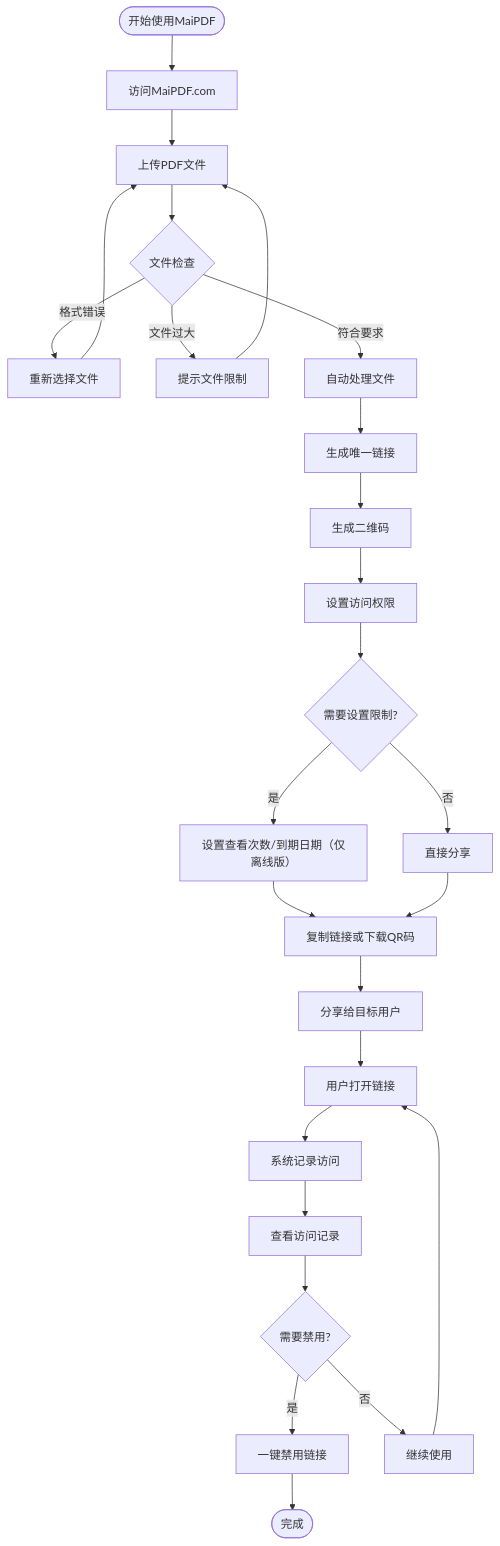
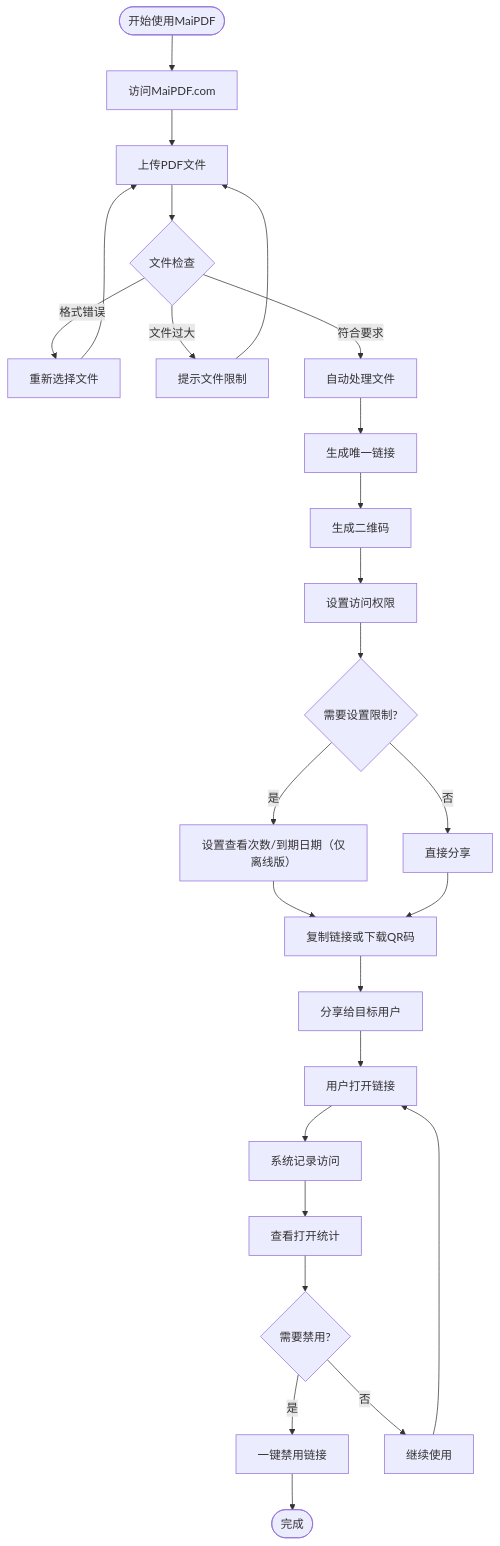
Before and after one commit to mythenigma/cloudflareAstro: the third of 12 diagrams in src/content/blog/cn/pdf-sharing-introduction.md, drawn with Mermaid. The commit also changed other lines of this file and 353 other files, not shown here.

````diff
--- a/src/content/blog/cn/pdf-sharing-introduction.md
+++ b/src/content/blog/cn/pdf-sharing-introduction.md
@@ -85,28 +85,28 @@
 ```mermaid
 flowchart TD
     Start([开始使用MaiPDF]) --> A[访问MaiPDF.com]
     A --> B[上传PDF文件]
     B --> C{文件检查}
     C -->|格式错误| D[重新选择文件]
     D --> B
     C -->|文件过大| E[提示文件限制]
     E --> B
     C -->|符合要求| F[自动处理文件]
     F --> G[生成唯一链接]
     G --> H[生成二维码]
     H --> I[设置访问权限]
     I --> J{需要设置限制?}
     J -->|是| K[设置查看次数/到期日期（仅离线版）]
     J -->|否| L[直接分享]
     K --> M[复制链接或下载QR码]
     L --> M
     M --> N[分享给目标用户]
     N --> O[用户打开链接]
     O --> P[系统记录访问]
-    P --> Q[查看访问记录]
+    P --> Q[查看打开统计]
     Q --> R{需要禁用?}
     R -->|是| S[一键禁用链接]
     R -->|否| T[继续使用]
     S --> End([完成])
     T --> O
 ```
````
